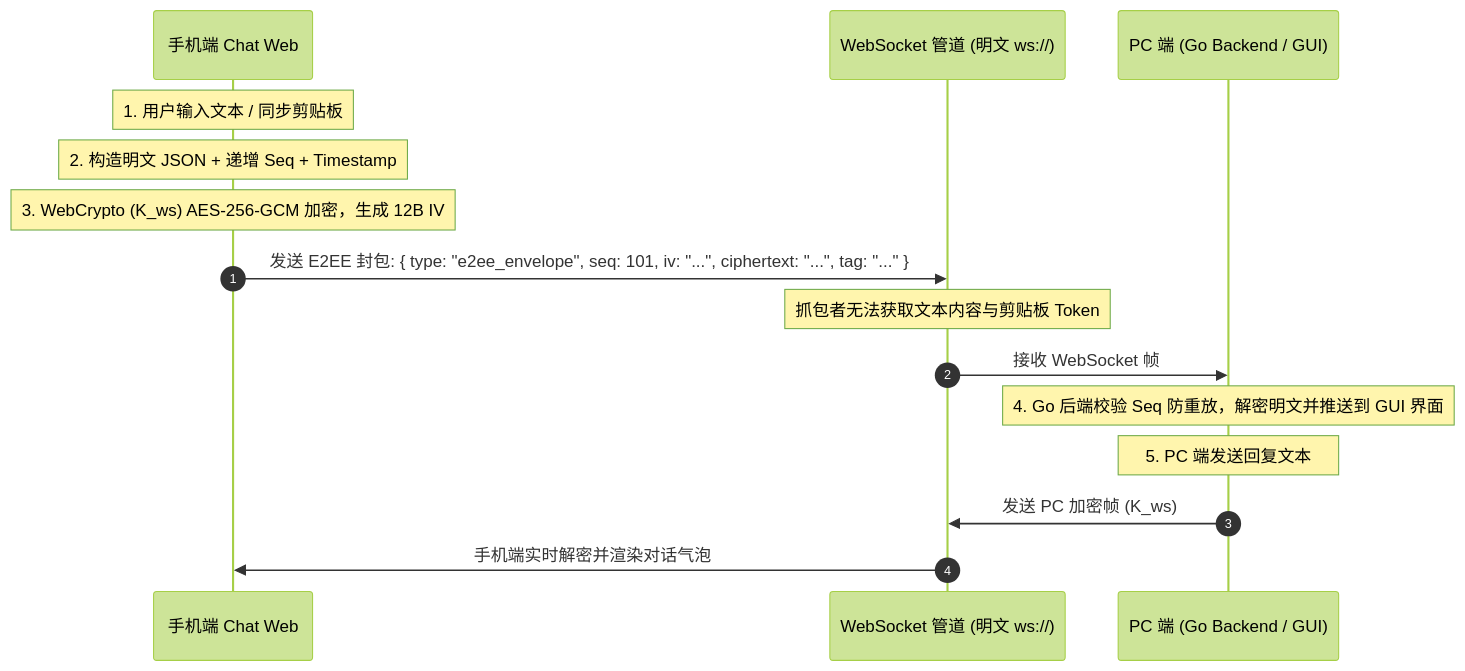
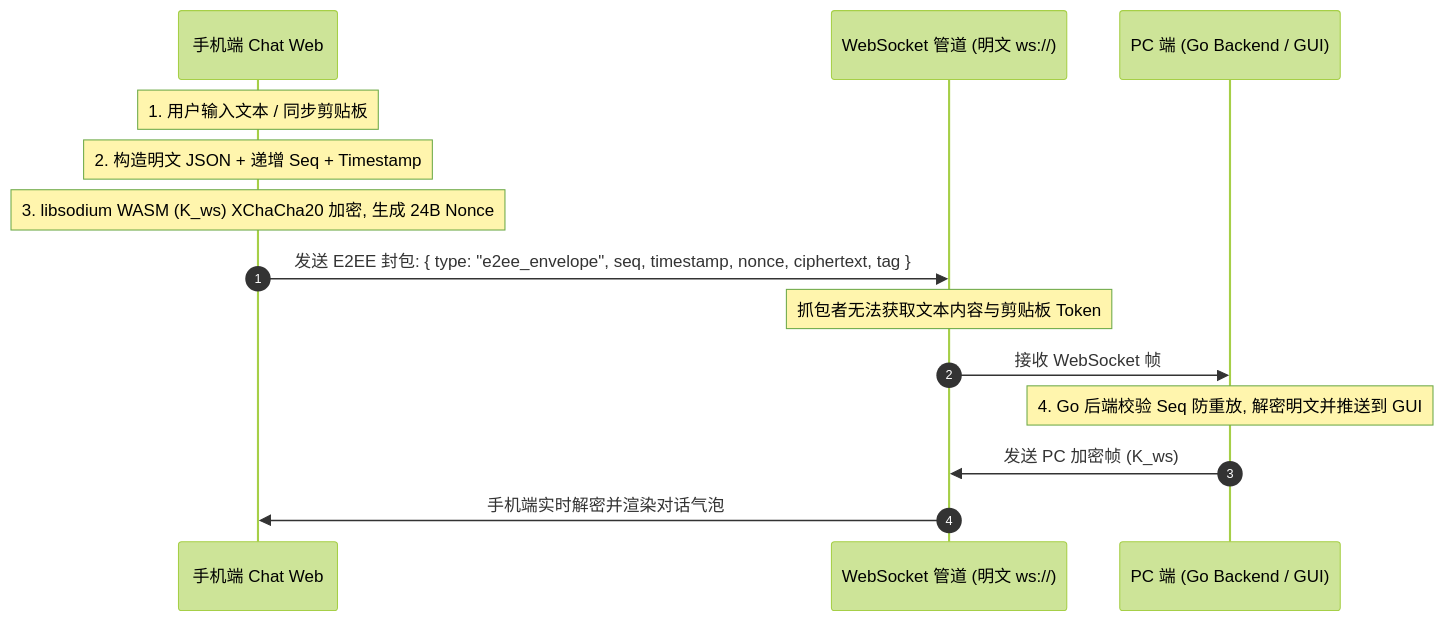
The fourth of 5 diagrams in docs/future/20260901-e2ee-end-to-end-encryption-architecture.md (forpersuit/eqrcp), drawn with Mermaid (forest theme) before and after one commit. The commit also changed other lines of this file and 2 other files, not shown here.

First line of the commit message:
docs(e2ee): rebuild architecture around DRM trust anchor and WASM engine

````diff
--- a/docs/future/20260901-e2ee-end-to-end-encryption-architecture.md
+++ b/docs/future/20260901-e2ee-end-to-end-encryption-architecture.md
@@ -192,19 +270,17 @@
 ```mermaid
 sequenceDiagram
     autonumber
     participant Mobile as 手机端 Chat Web
     participant WS as WebSocket 管道 (明文 ws://)
     participant PC as PC 端 (Go Backend / GUI)
 
     Note over Mobile: 1. 用户输入文本 / 同步剪贴板
     Note over Mobile: 2. 构造明文 JSON + 递增 Seq + Timestamp
-    Note over Mobile: 3. WebCrypto (K_ws) AES-256-GCM 加密，生成 12B IV
-    Mobile->>WS: 发送 E2EE 封包: { type: "e2ee_envelope", seq: 101, iv: "...", ciphertext: "...", tag: "..." }
+    Note over Mobile: 3. libsodium WASM (K_ws) XChaCha20 加密, 生成 24B Nonce
+    Mobile->>WS: 发送 E2EE 封包: { type: "e2ee_envelope", seq, timestamp, nonce, ciphertext, tag }
     Note over WS: 抓包者无法获取文本内容与剪贴板 Token
     WS->>PC: 接收 WebSocket 帧
-    Note over PC: 4. Go 后端校验 Seq 防重放，解密明文并推送到 GUI 界面
-    
-    Note over PC: 5. PC 端发送回复文本
+    Note over PC: 4. Go 后端校验 Seq 防重放, 解密明文并推送到 GUI
     PC->>WS: 发送 PC 加密帧 (K_ws)
     WS->>Mobile: 手机端实时解密并渲染对话气泡
 ```
````
